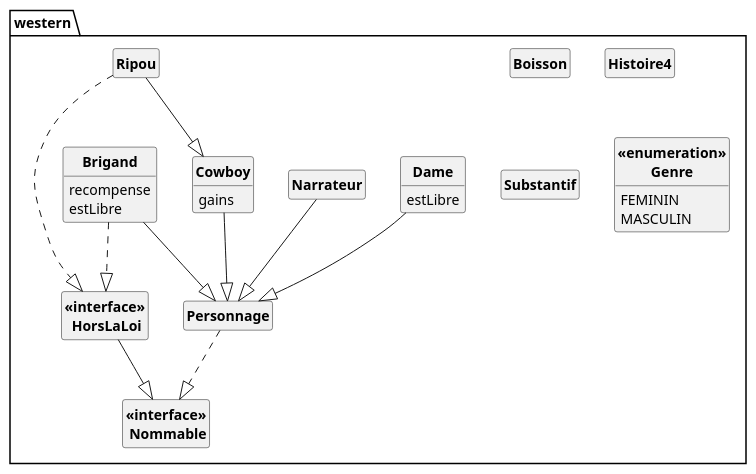
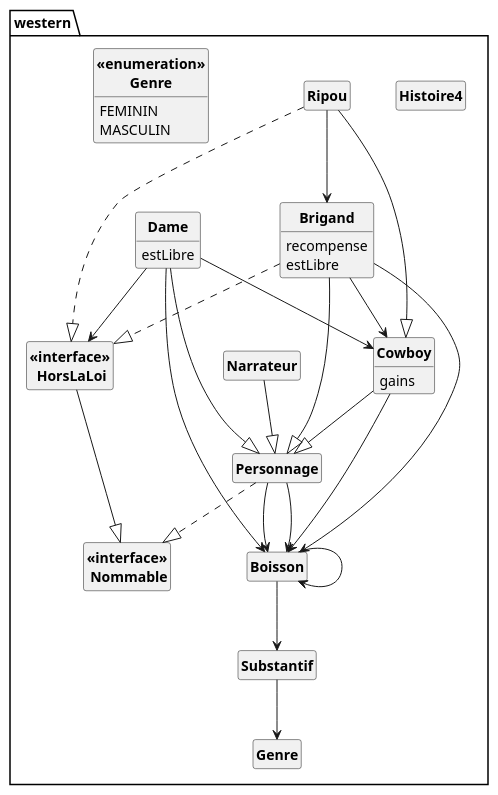
The diagram in javadoc.puml (Lykomonix/API-JAVAtoPUML), drawn with PlantUML before and after one commit. The commit also changed 16 other files, not shown here.

```diff
--- a/javadoc.puml
+++ b/javadoc.puml
@@ -1,81 +1,93 @@
 @startuml
 
 skinparam style strictuml
 skinparam classAttributeIconSize 0
 skinparam classFontStyle Bold
 hide empty members
 
 Package "western" {
 class Boisson
 {
 }
 
 class Brigand
 {
 recompense
 estLibre
 }
 
 class Cowboy
 {
 gains
 }
 
 class Dame
 {
 estLibre
 }
 
 class Histoire4
 {
 }
 
 class Narrateur
 {
 }
 
 class Personnage
 {
 }
 
 class Ripou
 {
 }
 
 class Substantif
 {
 }
 
 class "<<interface>>\n HorsLaLoi" as HorsLaLoi
 
 class "<<interface>>\n Nommable" as Nommable
 
 class "<<enumeration>>\nGenre"
 {
 FEMININ
 MASCULIN
 }
 
+Boisson --> Substantif
+Boisson --> Boisson
 
 Brigand --|> Personnage
 Brigand ..|> HorsLaLoi
+Brigand --> Cowboy
+Brigand --> Boisson
 
 Cowboy --|> Personnage
+Cowboy --> Boisson
 
 Dame --|> Personnage
+Dame --> Cowboy
+Dame --> HorsLaLoi
+Dame --> Boisson
 
 
 Narrateur --|> Personnage
 
 Personnage ..|> Nommable
+Personnage --> Boisson
+Personnage --> Boisson
 
 Ripou --|> Cowboy
 Ripou ..|> HorsLaLoi
+Ripou --> Brigand
 
+Substantif --> Genre
 
 HorsLaLoi --|> Nommable
 
 
 }
 
 @enduml
```
